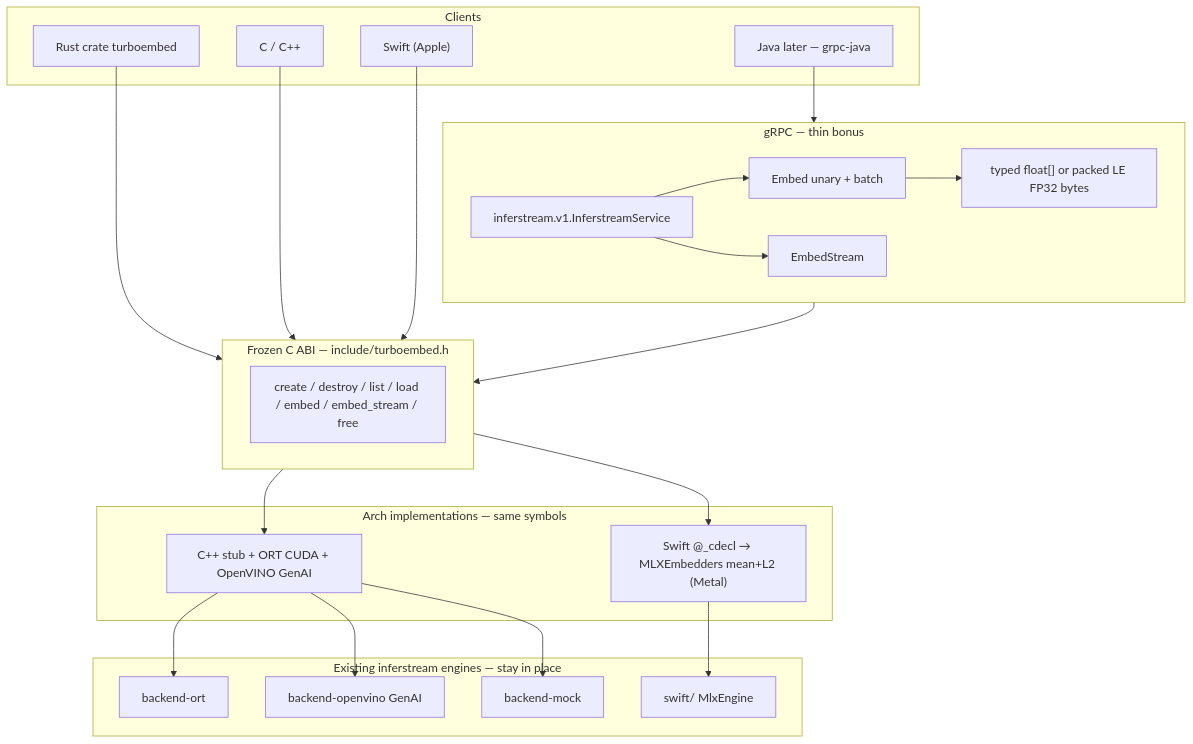
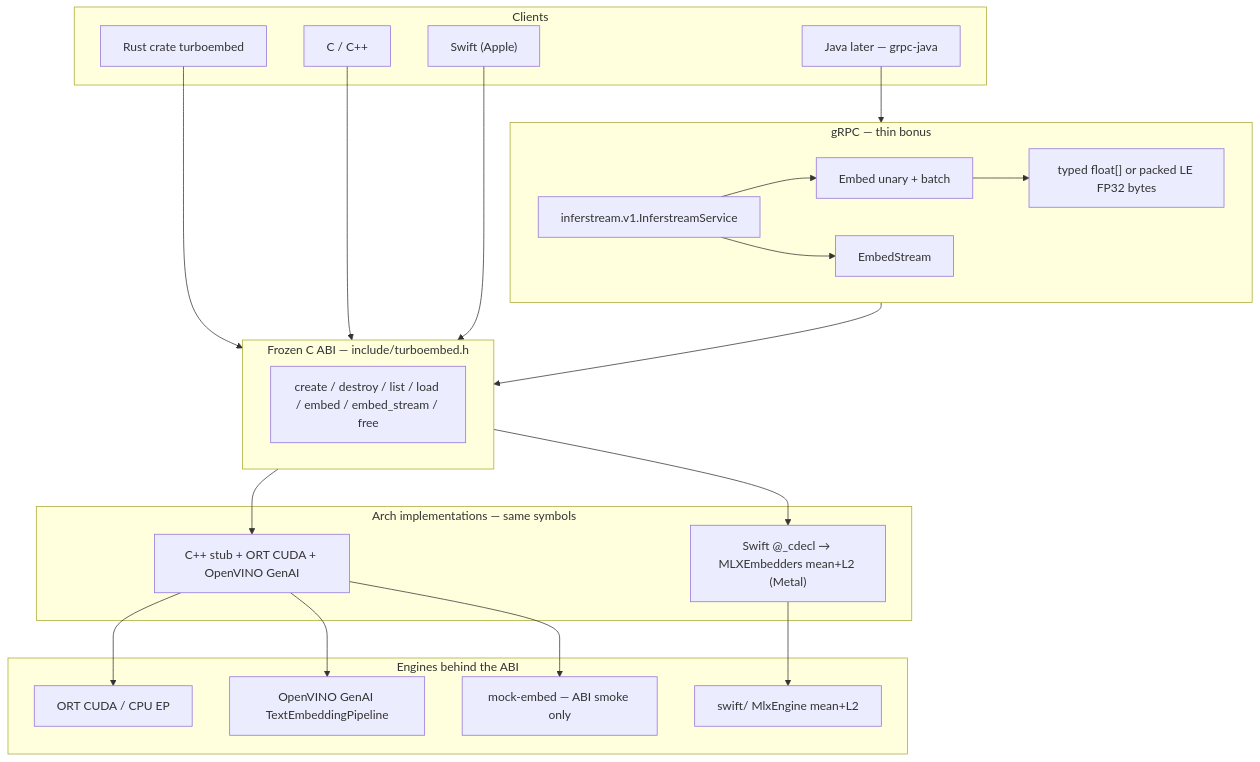
Before and after one commit to ai-pipestream/turboembed: the diagram in docs/turboembed-architecture.md, drawn with Mermaid. The commit also changed other lines of this file and 20 other files, not shown here.

First line of the commit message:
feat: route catalog Embed through the TurboEmbed C ABI

````diff
--- a/docs/turboembed-architecture.md
+++ b/docs/turboembed-architecture.md
@@ -15,47 +15,47 @@
 ```mermaid
 flowchart TB
     subgraph clients [Clients]
         Rust["Rust crate turboembed"]
         C["C / C++"]
         Swift["Swift (Apple)"]
         Java["Java later — grpc-java"]
     end
 
     subgraph grpc [gRPC — thin bonus]
         Ext["inferstream.v1.InferstreamService"]
         Embed["Embed unary + batch"]
         Stream["EmbedStream"]
         Packed["typed float[] or packed LE FP32 bytes"]
     end
 
     subgraph abi [Frozen C ABI — include/turboembed.h]
         H["create / destroy / list / load / embed / embed_stream / free"]
     end
 
     subgraph impl [Arch implementations — same symbols]
         Cpp["C++ stub + ORT CUDA + OpenVINO GenAI"]
         Mlx["Swift @_cdecl → MLXEmbedders mean+L2 (Metal)"]
     end
 
-    subgraph engines [Existing inferstream engines — stay in place]
-        ORT["backend-ort"]
-        GenAI["backend-openvino GenAI"]
-        Apple["swift/ MlxEngine"]
-        Mock["backend-mock"]
+    subgraph engines [Engines behind the ABI]
+        ORT["ORT CUDA / CPU EP"]
+        GenAI["OpenVINO GenAI TextEmbeddingPipeline"]
+        Apple["swift/ MlxEngine mean+L2"]
+        Mock["mock-embed — ABI smoke only"]
     end
 
     Rust --> abi
     C --> abi
     Swift --> abi
     Java --> grpc
     grpc --> abi
     Ext --> Embed
     Ext --> Stream
     Embed --> Packed
     abi --> Cpp
     abi --> Mlx
     Cpp --> ORT
     Cpp --> GenAI
     Cpp --> Mock
     Mlx --> Apple
 ```
````
